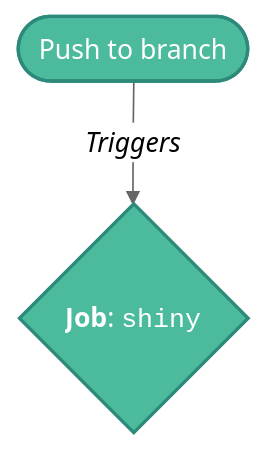
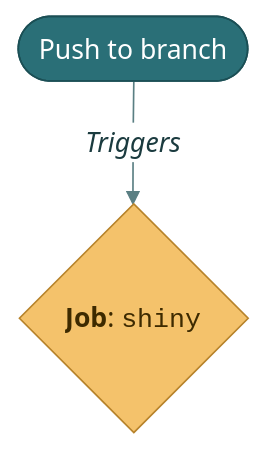
Before and after one commit to mjfrigaard/shiny-app-pkgs: the fifth of 8 diagrams in gha.qmd, drawn with Mermaid. The commit also changed other lines of this file and 22 other files, not shown here.

First line of the commit message:
Standardize mermaid diagrams on the site teal palette

````diff
--- a/gha.qmd
+++ b/gha.qmd
@@ -809,10 +818,14 @@
 ```{mermaid}
 %%| fig-align: center
-%%{init: {'theme': 'neutral', 'themeVariables': { 'fontFamily': 'monospace', "fontSize":"16px"}}}%%
+%%{init: {'theme': 'base', 'themeVariables': { 'fontFamily': 'monospace', "fontSize":"16px", "primaryColor":"#D7EBEC", "primaryTextColor":"#1B3B3F", "primaryBorderColor":"#2A6F77", "lineColor":"#5A7F83", "edgeLabelBackground":"#FFFFFF", "clusterBkg":"#F3F8F8", "clusterBorder":"#2A6F77", "darkMode":false}}}%%
 flowchart TD
   Push(["Push to branch"])
   Push -->|"<em>Triggers</em>"| Shiny{"<strong>Job</strong>: <code>shiny</code>"}
 
-  style Push fill:#4CBB9D,color:#fff,stroke:#2d8a7a,stroke-width:2px
-  style Shiny fill:#4CBB9D,color:#fff,stroke:#2d8a7a,stroke-width:2px
+    classDef term fill:#2A6F77,color:#FFFFFF,stroke:#1B4F55,stroke-width:1px
+    classDef step fill:#D7EBEC,color:#1B3B3F,stroke:#2A6F77,stroke-width:1px
+    classDef decision fill:#F4C26B,color:#3D2A00,stroke:#B7832B,stroke-width:1px
+    classDef io fill:#FFFFFF,color:#1B3B3F,stroke:#2A6F77,stroke-width:1px
+    class Push term
+    class Shiny decision
 ```
````
